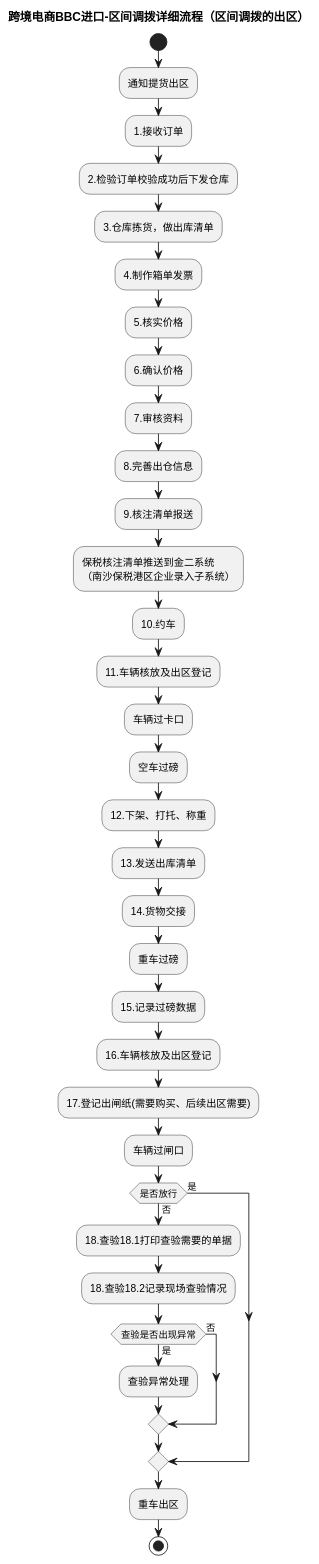
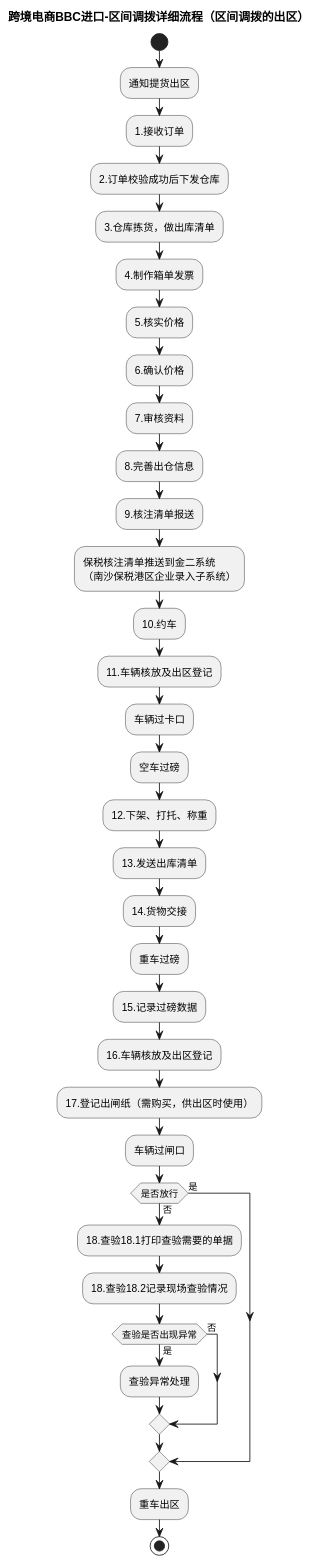
One commit to jack888332/projects-doc changed the first of 6 diagrams in product-caliber/goldjet/segmented-prd/mainflow/PRD.高捷物流系统一期.主流程.06.跨境电商BBC进口-入出区与调拨流程.md. Above: the diagram before and after it, drawn with PlantUML. The commit also changed other lines of this file and 59 other files, not shown here.

````diff
--- a/product-caliber/goldjet/segmented-prd/mainflow/PRD.高捷物流系统一期.主流程.06.跨境电商BBC进口-入出区与调拨流程.md
+++ b/product-caliber/goldjet/segmented-prd/mainflow/PRD.高捷物流系统一期.主流程.06.跨境电商BBC进口-入出区与调拨流程.md
@@ -17,40 +10,40 @@
 ```plantuml
 @startuml
 title 跨境电商BBC进口-区间调拨详细流程（区间调拨的出区）
 start
 :通知提货出区;
 :1.接收订单;
-:2.检验订单校验成功后下发仓库;
+:2.订单校验成功后下发仓库;
 :3.仓库拣货，做出库清单;
 :4.制作箱单发票;
 :5.核实价格;
 :6.确认价格;
 :7.审核资料;
 :8.完善出仓信息;
 :9.核注清单报送;
 :保税核注清单推送到金二系统\n（南沙保税港区企业录入子系统）;
 :10.约车;
 :11.车辆核放及出区登记;
 :车辆过卡口;
 :空车过磅;
 :12.下架、打托、称重;
 :13.发送出库清单;
 :14.货物交接;
 :重车过磅;
 :15.记录过磅数据;
 :16.车辆核放及出区登记;
-:17.登记出闸纸(需要购买、后续出区需要);
+:17.登记出闸纸（需购买，供出区时使用）;
 :车辆过闸口;
 if (是否放行) then (是)
 else (否)
   :18.查验18.1打印查验需要的单据;
   :18.查验18.2记录现场查验情况;
   if (查验是否出现异常) then (是)
     :查验异常处理;
   else (否)
   endif
 endif
 :重车出区;
 stop
 @enduml
 ```
````
